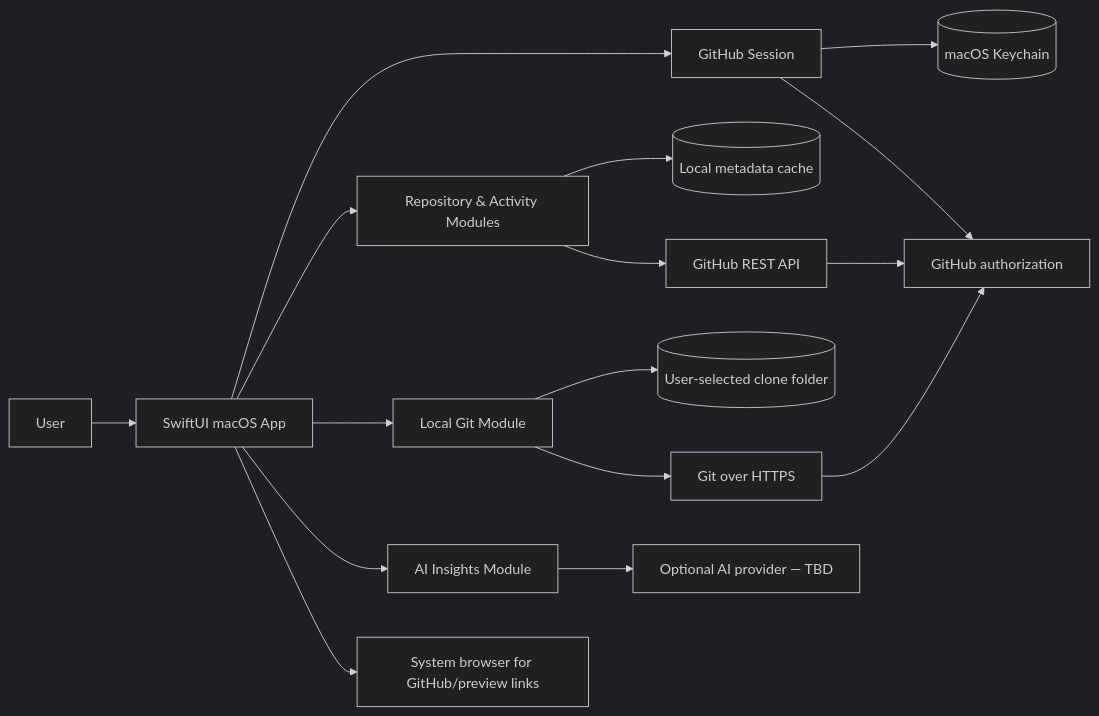
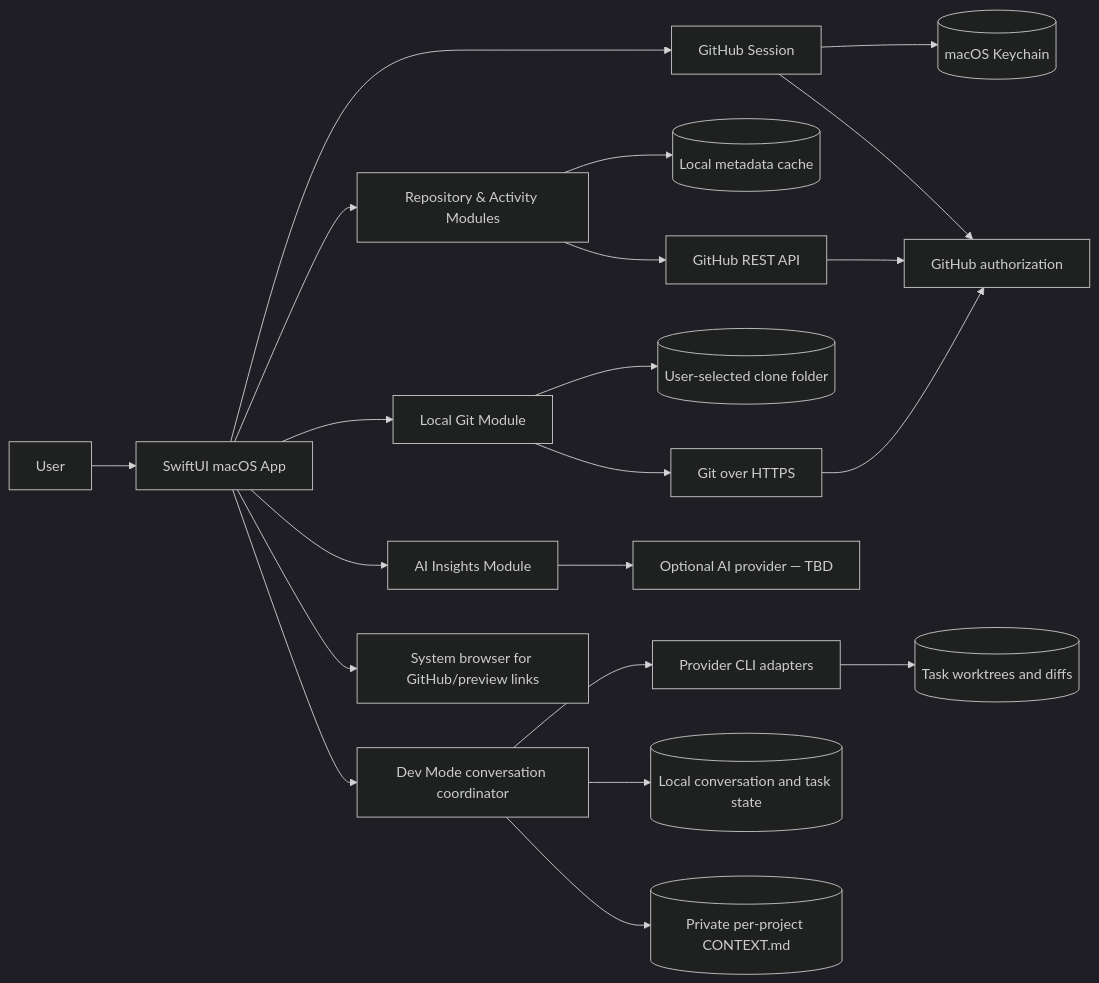
Before and after one commit to hiroqt/dev: the diagram in ARCHITECTURAL_REQUIREMENTS.md, drawn with Mermaid (dark theme). The commit also changed other lines of this file and 4 other files, not shown here.

First line of the commit message:
docs(dev-mode): define harness scope and evidence

````diff
--- a/ARCHITECTURAL_REQUIREMENTS.md
+++ b/ARCHITECTURAL_REQUIREMENTS.md
@@ -9,18 +9,23 @@
 ```mermaid
 flowchart LR
     User --> UI[SwiftUI macOS App]
     UI --> Session[GitHub Session]
     UI --> Catalog[Repository & Activity Modules]
     UI --> Local[Local Git Module]
     UI --> Insights[AI Insights Module]
     Session --> Keychain[(macOS Keychain)]
     Catalog --> Cache[(Local metadata cache)]
     Local --> Disk[(User-selected clone folder)]
     Session --> GH[GitHub authorization]
     Catalog --> API[GitHub REST API]
     Local --> Git[Git over HTTPS]
     API --> GH
     Git --> GH
     Insights --> Provider[Optional AI provider — TBD]
     UI --> Browser[System browser for GitHub/preview links]
+    UI --> DevMode[Dev Mode conversation coordinator]
+    DevMode --> Agents[Provider CLI adapters]
+    DevMode --> TaskState[(Local conversation and task state)]
+    DevMode --> ProjectMemory[(Private per-project CONTEXT.md)]
+    Agents --> Worktrees[(Task worktrees and diffs)]
 ```
````
